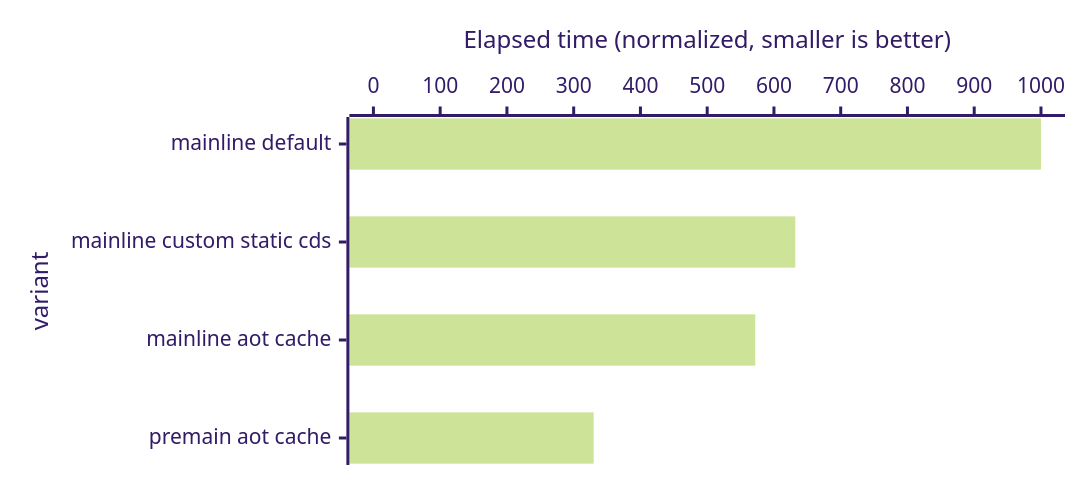
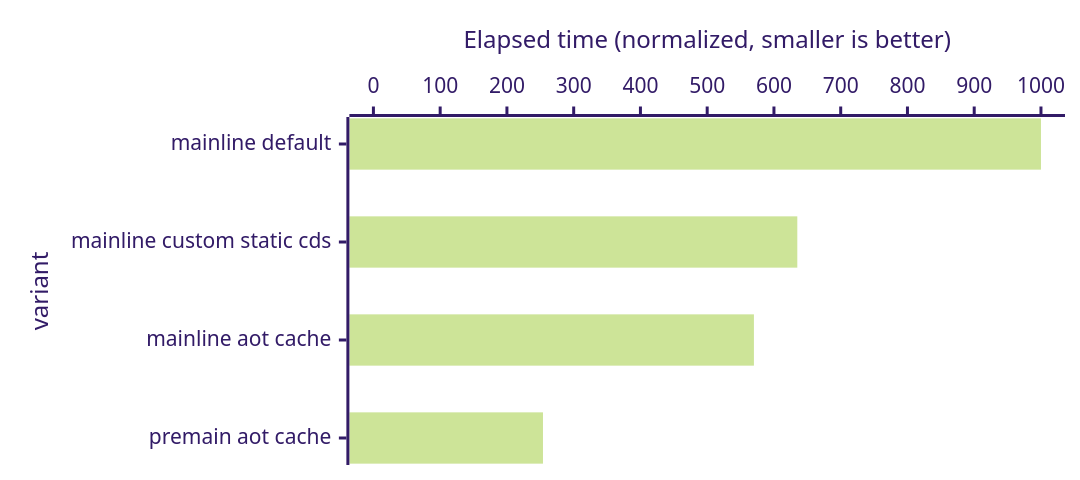
Diagram 12 of 12 in benchmarks/README.md (openjdk/leyden), drawn with Mermaid before and after one commit. The commit also changed other lines of this file and 4 other files, not shown here.

````diff
--- a/benchmarks/README.md
+++ b/benchmarks/README.md
@@ -301,13 +301,13 @@
 ```mermaid
 ---
 config:
     theme: "forest"
     xyChart:
         chartOrientation: horizontal
         height: 300
 ---
 xychart-beta
     x-axis "variant" ["mainline default", "mainline custom static cds", "mainline aot cache", "premain aot cache"]
     y-axis "Elapsed time (normalized, smaller is better)" 0 --> 1000
-    bar [1000, 632, 572, 330]
+    bar [1000, 635, 570, 254]
 ```
````
